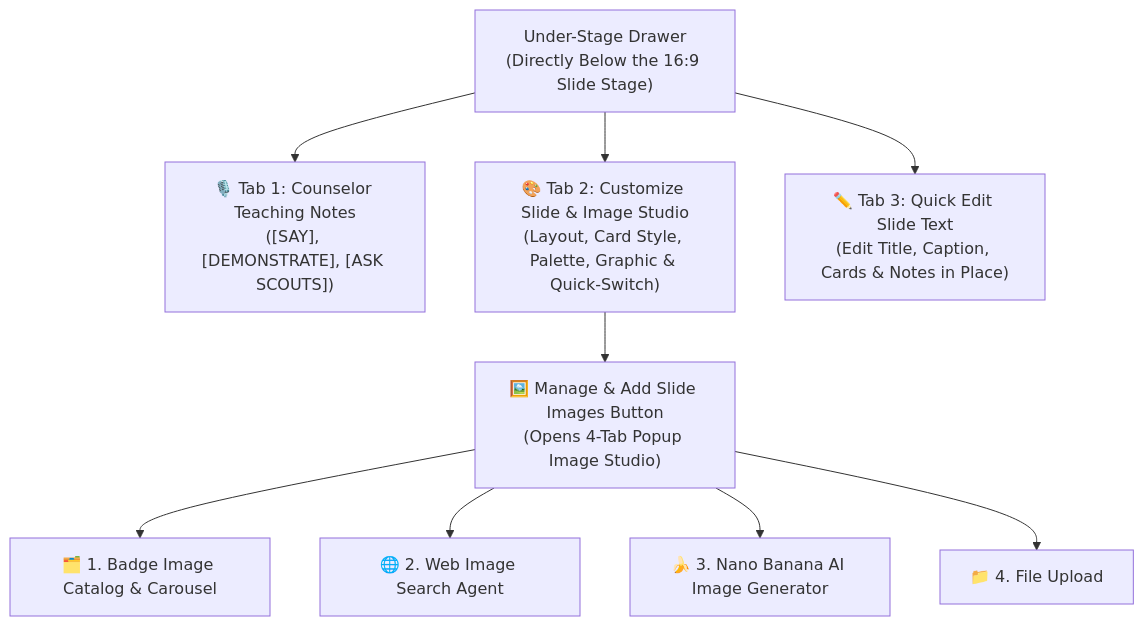
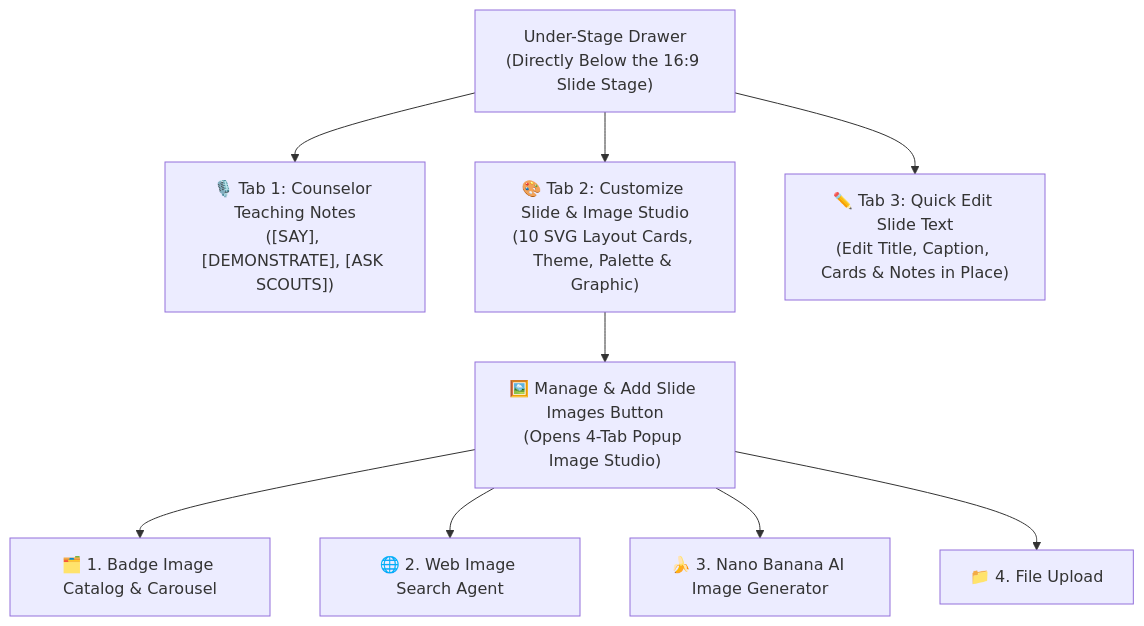
The second of 2 diagrams in docs/USER_GUIDE.md (clayberg/scouts-bsa-merit-badge-agent), drawn with Mermaid before and after one commit. The commit also changed other lines of this file and 28 other files, not shown here.

````diff
--- a/docs/USER_GUIDE.md
+++ b/docs/USER_GUIDE.md
@@ -150,11 +168,11 @@
 ```mermaid
 flowchart TD
     Drawer["Under-Stage Drawer<br/>(Directly Below the 16:9 Slide Stage)"] --> Tab1["🎙️ Tab 1: Counselor Teaching Notes<br/>([SAY], [DEMONSTRATE], [ASK SCOUTS])"]
-    Drawer --> Tab2["🎨 Tab 2: Customize Slide & Image Studio<br/>(Layout, Card Style, Palette, Graphic & Quick-Switch)"]
+    Drawer --> Tab2["🎨 Tab 2: Customize Slide & Image Studio<br/>(10 SVG Layout Cards, Theme, Palette & Graphic)"]
     Drawer --> Tab3["✏️ Tab 3: Quick Edit Slide Text<br/>(Edit Title, Caption, Cards & Notes in Place)"]
     Tab2 --> Modal["🖼️ Manage & Add Slide Images Button<br/>(Opens 4-Tab Popup Image Studio)"]
     Modal --> M1["🗂️ 1. Badge Image Catalog & Carousel"]
     Modal --> M2["🌐 2. Web Image Search Agent"]
     Modal --> M3["🍌 3. Nano Banana AI Image Generator"]
     Modal --> M4["📁 4. File Upload"]
 ```
````
